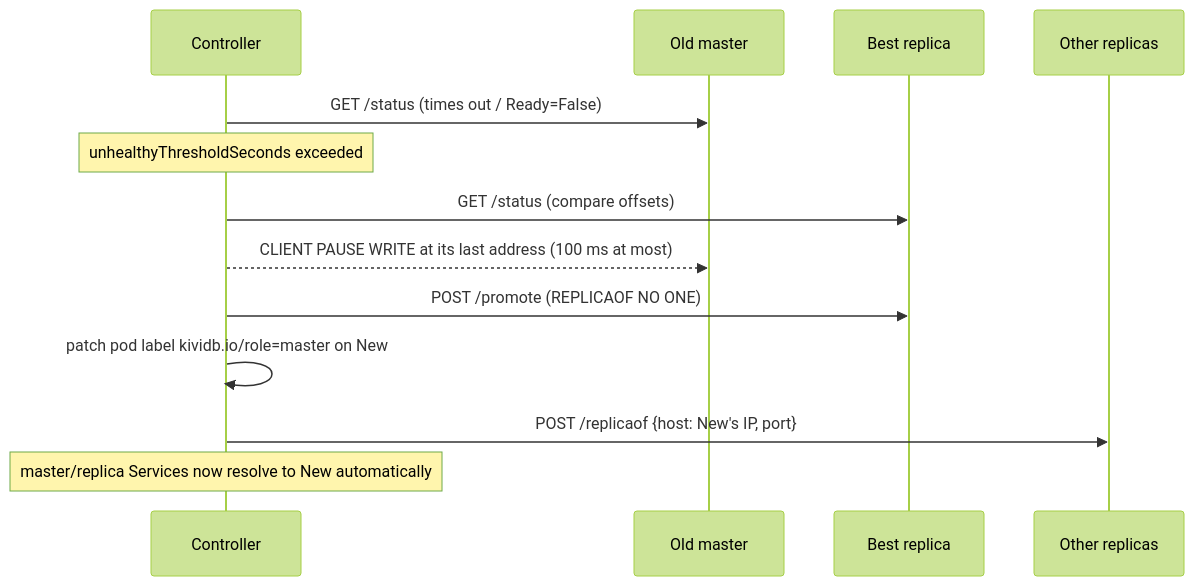
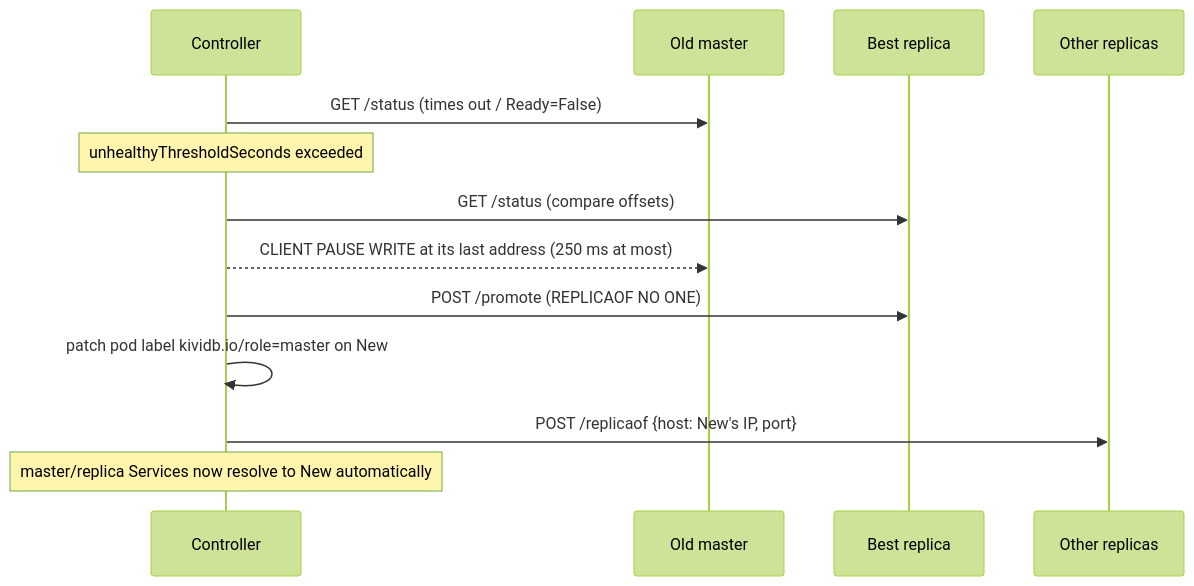
Before and after one commit to kividbio/kividb-operator: the second of 2 diagrams in docs/ARCHITECTURE.md, drawn with Mermaid (forest theme). The commit also changed other lines of this file and 3 other files, not shown here.

````diff
--- a/docs/ARCHITECTURE.md
+++ b/docs/ARCHITECTURE.md
@@ -229,16 +229,16 @@
 ```mermaid
 sequenceDiagram
     participant Ctrl as Controller
     participant Old as Old master
     participant New as Best replica
     participant Others as Other replicas
 
     Ctrl->>Old: GET /status (times out / Ready=False)
     Note over Ctrl: unhealthyThresholdSeconds exceeded
     Ctrl->>New: GET /status (compare offsets)
-    Ctrl-->>Old: CLIENT PAUSE WRITE at its last address (100 ms at most)
+    Ctrl-->>Old: CLIENT PAUSE WRITE at its last address (250 ms at most)
     Ctrl->>New: POST /promote  (REPLICAOF NO ONE)
     Ctrl->>Ctrl: patch pod label kividb.io/role=master on New
     Ctrl->>Others: POST /replicaof {host: New's IP, port}
     Note over Ctrl: master/replica Services now resolve to New automatically
 ```
````
